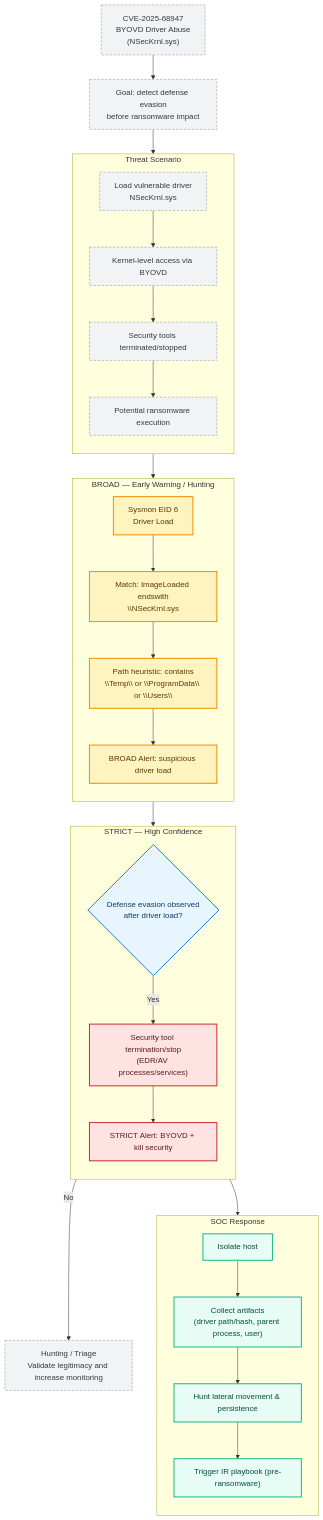
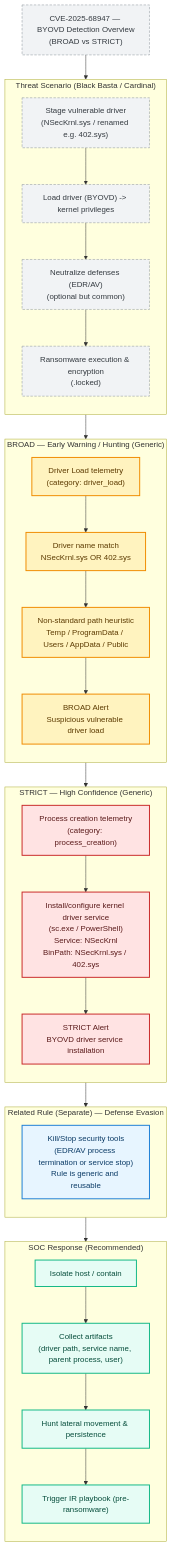
Before and after one commit to Hatchepsoute/sigma-rules: the diagram in CVE-2025-68947_BYOVD/diagrams/README.md, drawn with Mermaid. The commit also changed 17 other files, not shown here.

````diff
--- a/CVE-2025-68947_BYOVD/diagrams/README.md
+++ b/CVE-2025-68947_BYOVD/diagrams/README.md
@@ -8,55 +8,59 @@
 ```mermaid
 flowchart TD
   %% GitHub-compatible Mermaid (no HTML tags in labels)
 
   classDef broad fill:#FFF3BF,stroke:#F08C00,stroke-width:2px,color:#5C3A00;
   classDef strict fill:#FFE3E3,stroke:#C92A2A,stroke-width:2px,color:#5A1A1A;
   classDef decision fill:#E7F5FF,stroke:#1C7ED6,stroke-width:2px,color:#0B3B66;
   classDef action fill:#E6FCF5,stroke:#12B886,stroke-width:2px,color:#064D3B;
   classDef note fill:#F1F3F5,stroke:#868E96,stroke-dasharray: 5 3,color:#343A40;
 
-  H1["CVE-2025-68947\nBYOVD Driver Abuse\n(NSecKrnl.sys)"]:::note
-  H2["Goal: detect defense evasion\nbefore ransomware impact"]:::note
-  H1 --> H2
+  T0["CVE-2025-68947 — BYOVD Detection Overview\n(BROAD vs STRICT)"]:::note
 
-  subgraph S0["Threat Scenario"]
+  subgraph S0["Threat Scenario (Black Basta / Cardinal)"]
     direction TB
-    S0A["Load vulnerable driver\nNSecKrnl.sys"]:::note
-    S0B["Kernel-level access via BYOVD"]:::note
-    S0C["Security tools terminated/stopped"]:::note
-    S0D["Potential ransomware execution"]:::note
+    S0A["Stage vulnerable driver\n(NSecKrnl.sys / renamed e.g. 402.sys)"]:::note
+    S0B["Load driver (BYOVD) -> kernel privileges"]:::note
+    S0C["Neutralize defenses (EDR/AV)\n(optional but common)"]:::note
+    S0D["Ransomware execution & encryption\n(.locked)"]:::note
     S0A --> S0B --> S0C --> S0D
   end
-  H2 --> S0A
 
-  subgraph S1["BROAD — Early Warning / Hunting"]
+  T0 --> S0A
+
+  subgraph S1["BROAD — Early Warning / Hunting (Generic)"]
     direction TB
-    B1["Sysmon EID 6\nDriver Load"]:::broad
-    B2["Match: ImageLoaded endswith\n\\NSecKrnl.sys"]:::broad
-    B3["Path heuristic: contains\n\\Temp\\ or \\ProgramData\\ or \\Users\\"]:::broad
-    B4["BROAD Alert: suspicious driver load"]:::broad
+    B1["Driver Load telemetry\n(category: driver_load)"]:::broad
+    B2["Driver name match\nNSecKrnl.sys OR 402.sys"]:::broad
+    B3["Non-standard path heuristic\nTemp / ProgramData / Users / AppData / Public"]:::broad
+    B4["BROAD Alert\nSuspicious vulnerable driver load"]:::broad
     B1 --> B2 --> B3 --> B4
   end
 
-  subgraph S2["STRICT — High Confidence"]
+  subgraph S2["STRICT — High Confidence (Generic)"]
     direction TB
-    D1{"Defense evasion observed\nafter driver load?"}:::decision
-    S2A["Security tool termination/stop\n(EDR/AV processes/services)"]:::strict
-    S2B["STRICT Alert: BYOVD + kill security"]:::strict
-    D1 -->|Yes| S2A --> S2B
+    S2A["Process creation telemetry\n(category: process_creation)"]:::strict
+    S2B["Install/configure kernel driver service\n(sc.exe / PowerShell)\nService: NSecKrnl\nBinPath: NSecKrnl.sys / 402.sys"]:::strict
+    S2C["STRICT Alert\nBYOVD driver service installation"]:::strict
+    S2A --> S2B --> S2C
   end
 
-  subgraph S3["SOC Response"]
+  subgraph S3["Related Rule (Separate) — Defense Evasion"]
     direction TB
-    A1["Isolate host"]:::action
-    A2["Collect artifacts\n(driver path/hash, parent process, user)"]:::action
+    D1["Kill/Stop security tools\n(EDR/AV process termination or service stop)\nRule is generic and reusable"]:::decision
+  end
+
+  subgraph S4["SOC Response (Recommended)"]
+    direction TB
+    A1["Isolate host / contain"]:::action
+    A2["Collect artifacts\n(driver path, service name, parent process, user)"]:::action
     A3["Hunt lateral movement & persistence"]:::action
     A4["Trigger IR playbook (pre-ransomware)"]:::action
     A1 --> A2 --> A3 --> A4
   end
 
-  S0C --> B1
-  B4 --> D1
-  D1 -->|No| T1["Hunting / Triage\nValidate legitimacy and increase monitoring"]:::note
-  S2B --> S3
+  S0B --> B1
+  B4 --> S2A
+  S2C --> D1
+  D1 --> A1
 ```
````
